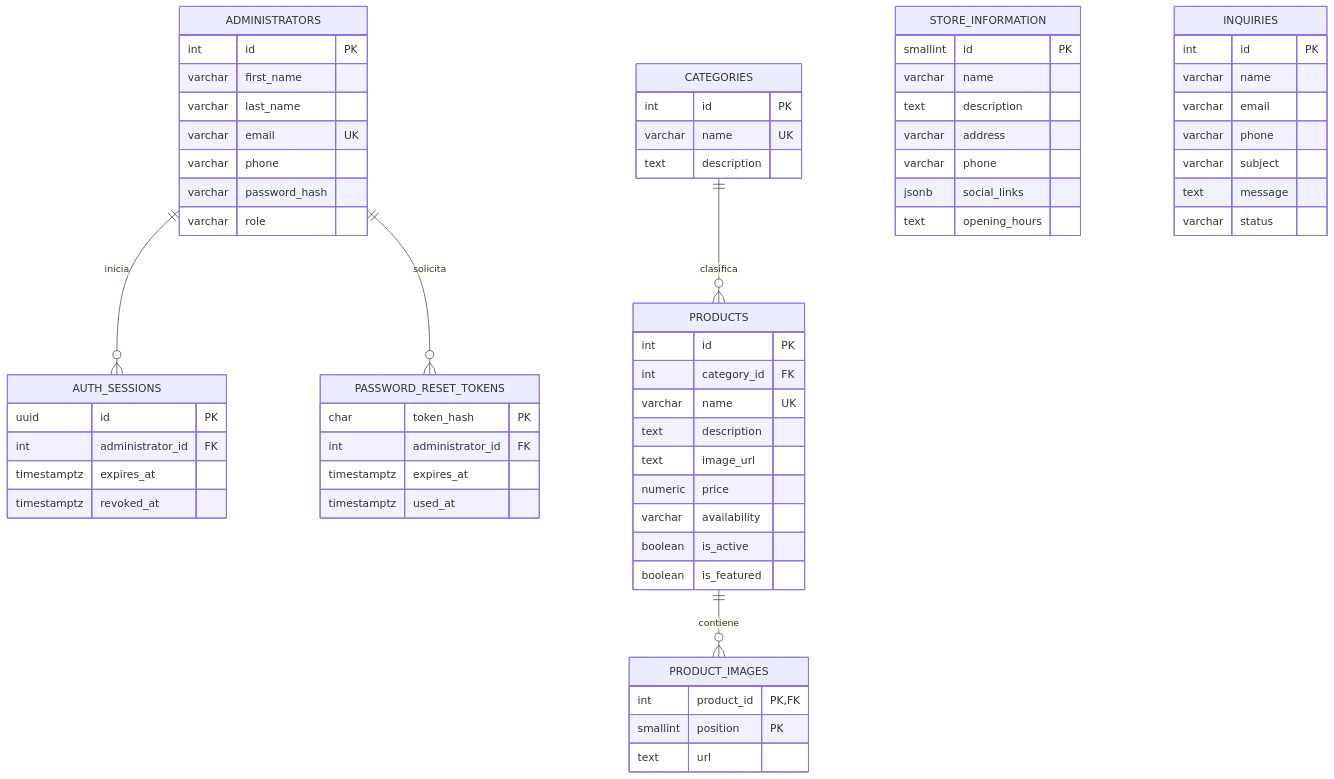
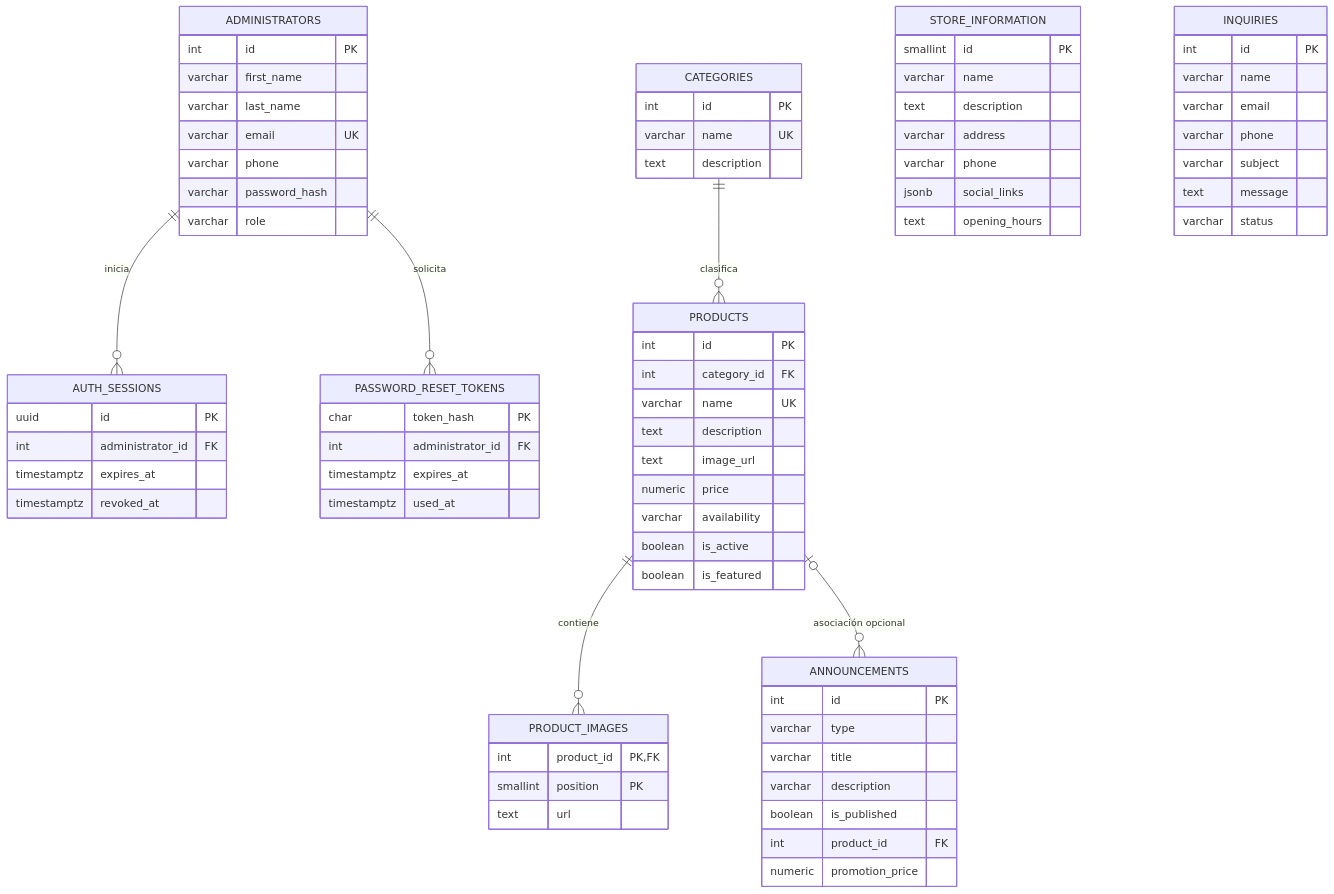
One commit to matiasalek/Aplicaciones-Interactivas-TPO changed the diagram in backend/docs/BASE_DE_DATOS.md. Above: the diagram before and after it, drawn with Mermaid. The commit also changed other lines of this file and 12 other files, not shown here.

```diff
--- a/backend/docs/BASE_DE_DATOS.md
+++ b/backend/docs/BASE_DE_DATOS.md
@@ -59,6 +59,17 @@
     text url
   }
 
+  PRODUCTS o|--o{ ANNOUNCEMENTS : "asociación opcional"
+  ANNOUNCEMENTS {
+    int id PK
+    varchar type
+    varchar title
+    varchar description
+    boolean is_published
+    int product_id FK
+    numeric promotion_price
+  }
+
   STORE_INFORMATION {
     smallint id PK
     varchar name
```
